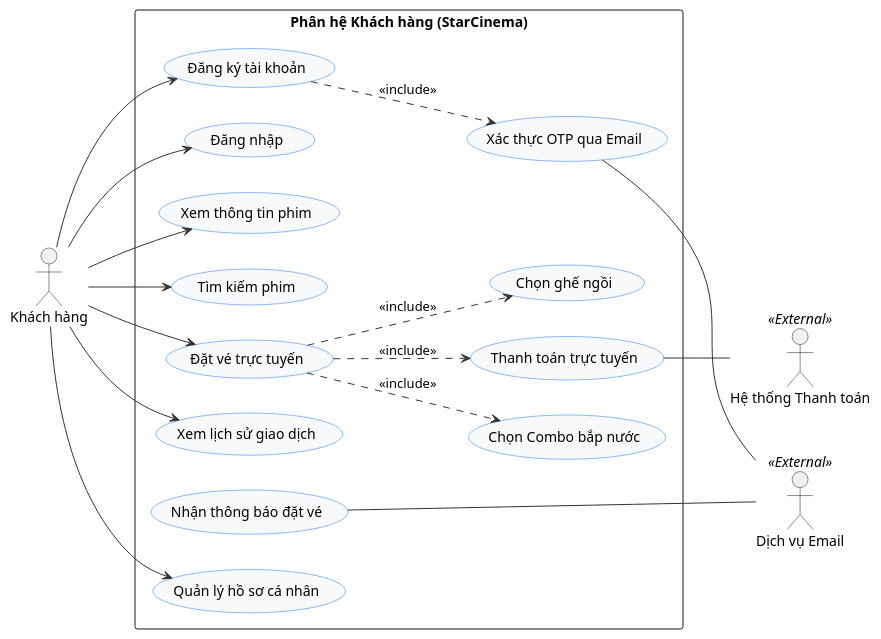
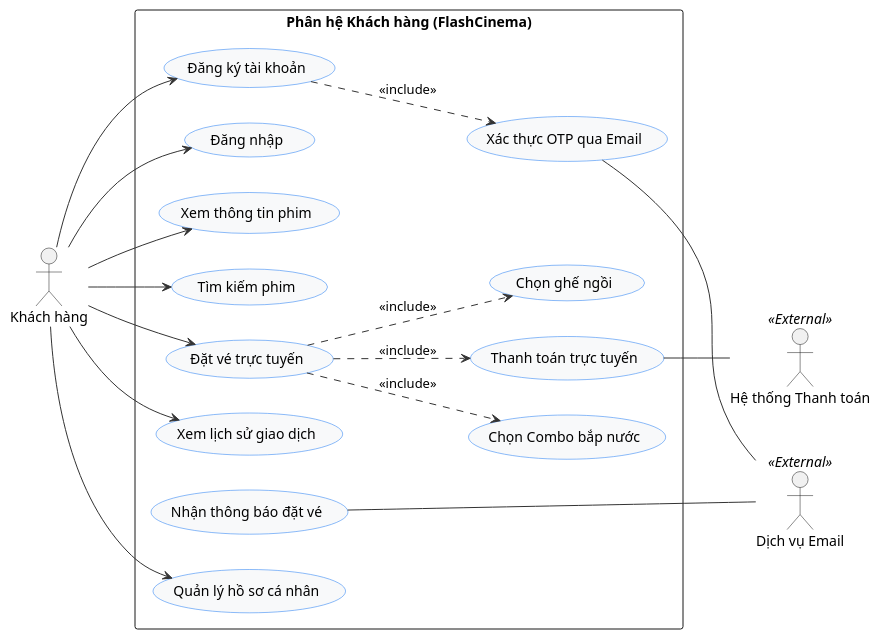
The diagram in report/2.0-Yêu cầu nghiệp vụ/2.2-Phân tích hệ thống (UML Diagrams)/2.2.1.Sơ đồ Use Case/customer_use_case.puml (vothnha26/Cinema-Management-System), drawn with PlantUML before and after one commit. The commit also changed 50 other files, not shown here.

```diff
--- a/report/2.0-Yêu cầu nghiệp vụ/2.2-Phân tích hệ thống (UML Diagrams)/2.2.1.Sơ đồ Use Case/customer_use_case.puml
+++ b/report/2.0-Yêu cầu nghiệp vụ/2.2-Phân tích hệ thống (UML Diagrams)/2.2.1.Sơ đồ Use Case/customer_use_case.puml
@@ -1,48 +1,48 @@
 @startuml customer_use_case
 left to right direction
 skinparam backgroundColor #FFFFFF
 skinparam usecase {
     BackgroundColor #F8F9FA
     BorderColor #1877F2
     ArrowColor #333333
 }
 
 actor "Khách hàng" as Customer
 actor "Hệ thống Thanh toán" as PaymentSystem <<External>>
 actor "Dịch vụ Email" as EmailService <<External>>
 
-rectangle "Phân hệ Khách hàng (StarCinema)" {
+rectangle "Phân hệ Khách hàng (FlashCinema)" {
     usecase "Đăng ký tài khoản" as UC_Register
     usecase "Xác thực OTP qua Email" as UC_OTP
     usecase "Đăng nhập" as UC_Login
     usecase "Xem thông tin phim" as UC_MovieDetail
     usecase "Tìm kiếm phim" as UC_Search
     
     usecase "Đặt vé trực tuyến" as UC_Booking
     usecase "Chọn ghế ngồi" as UC_Seat
     usecase "Chọn Combo bắp nước" as UC_Combo
     usecase "Thanh toán trực tuyến" as UC_Payment
     
     usecase "Xem lịch sử giao dịch" as UC_History
     usecase "Nhận thông báo đặt vé" as UC_Notify
     usecase "Quản lý hồ sơ cá nhân" as UC_Profile
 
     UC_Register ..> UC_OTP : <<include>>
     UC_Booking ..> UC_Seat : <<include>>
     UC_Booking ..> UC_Combo : <<include>>
     UC_Booking ..> UC_Payment : <<include>>
 }
 
 Customer --> UC_Register
 Customer --> UC_Login
 Customer --> UC_Search
 Customer --> UC_MovieDetail
 Customer --> UC_Booking
 Customer --> UC_History
 Customer --> UC_Profile
 
 UC_OTP -- EmailService
 UC_Payment -- PaymentSystem
 UC_Notify -- EmailService
 
 @enduml
```
